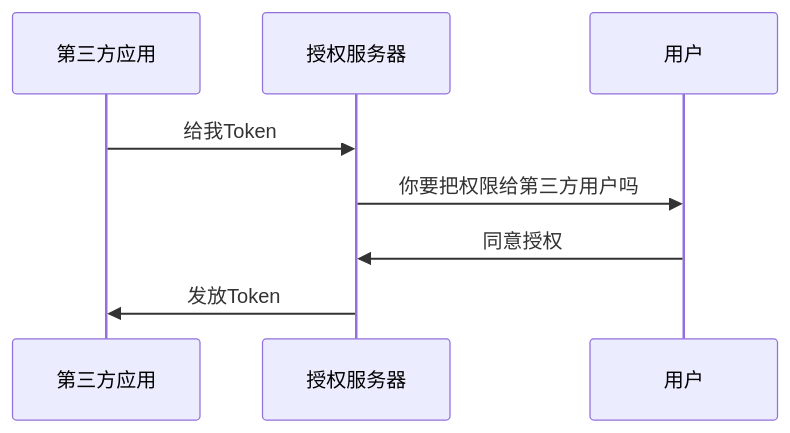
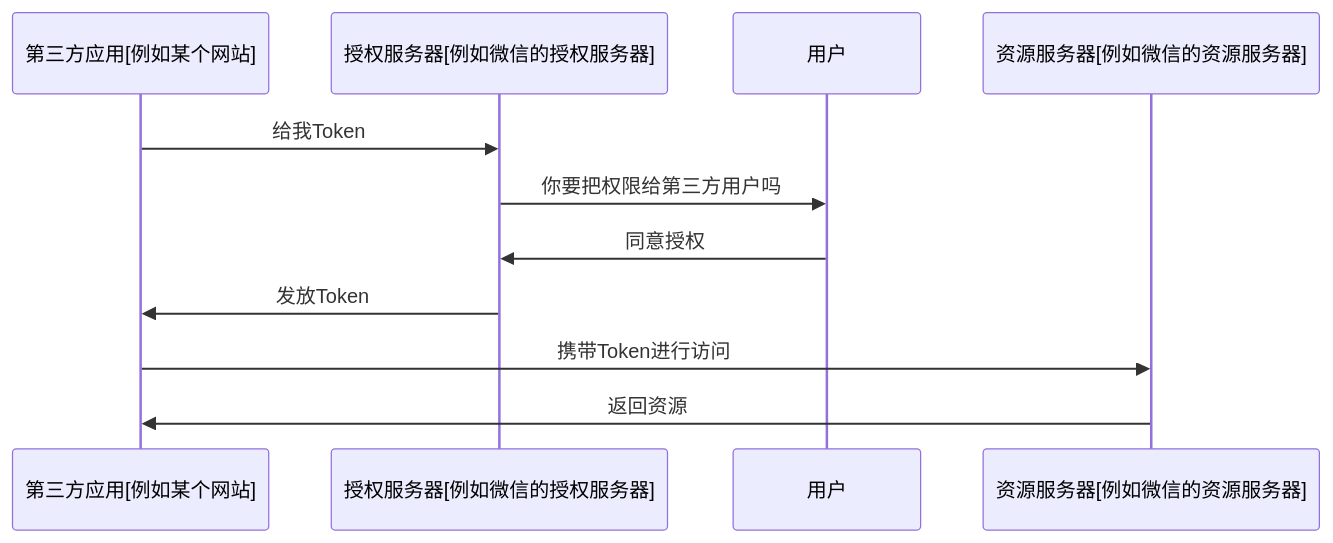
Before and after one commit to poppop9/obsidian: the diagram in 计算机/JavaWeb/后端/Spring Security/4-1 OAuth 2.md, drawn with Mermaid. The commit also changed other lines of this file and 2 other files, not shown here.

````diff
--- a/计算机/JavaWeb/后端/Spring Security/4-1 OAuth 2.md
+++ b/计算机/JavaWeb/后端/Spring Security/4-1 OAuth 2.md
@@ -2,11 +2,14 @@
 ```mermaid
 sequenceDiagram
-    participant D as 第三方应用
-    participant S as 授权服务器
+    participant D as 第三方应用[例如某个网站]
+    participant S as 授权服务器[例如微信的授权服务器]
 	participant Y as 用户
+	participant Z as 资源服务器[例如微信的资源服务器]
 
 	D->>S: 给我Token
 	S->>Y: 你要把权限给第三方用户吗
 	Y->>S: 同意授权
 	S->>D: 发放Token
+	D->>Z: 携带Token进行访问
+	Z->>D: 返回资源
 ```
````
